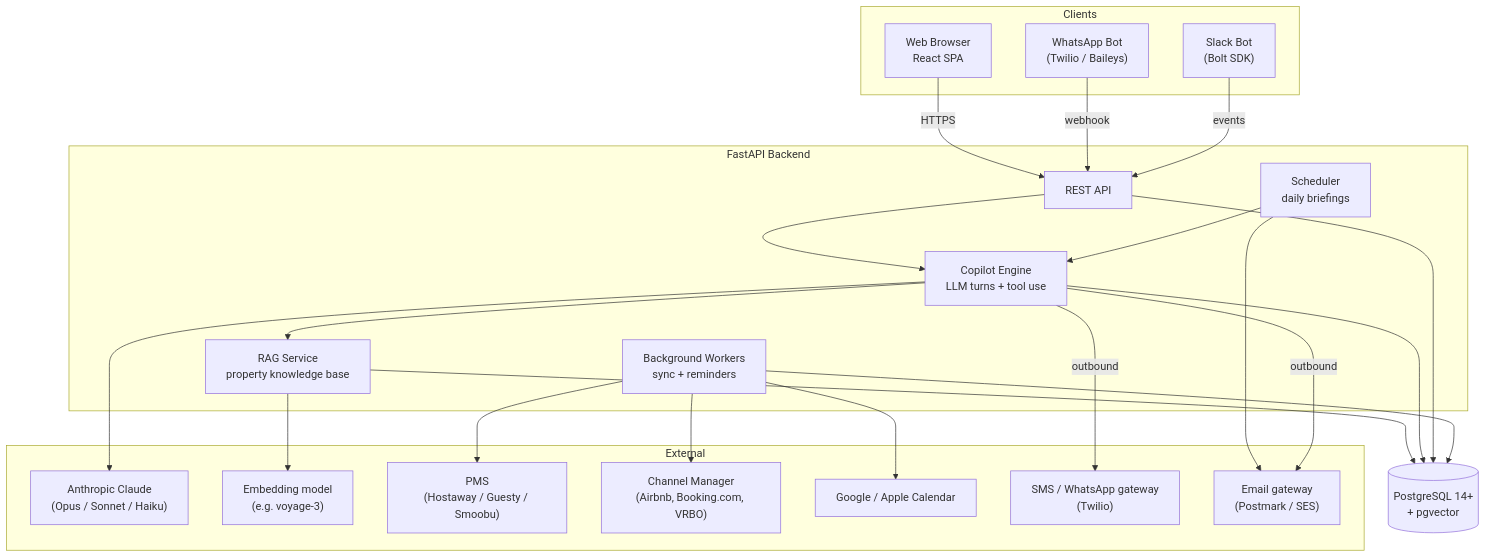
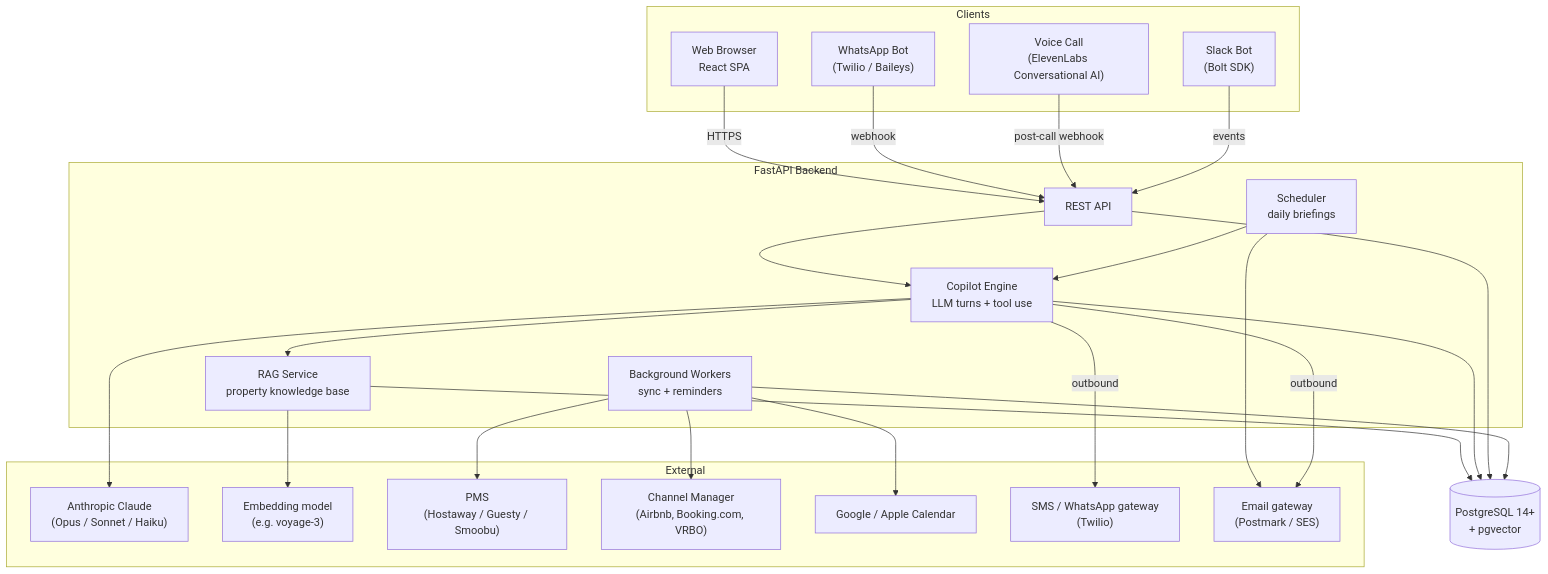
The first of 7 diagrams in docs/architecture.md (klangberater/Hallo-Theo-Applied-AI-Hackathon), drawn with Mermaid before and after one commit. The commit also changed 4 other files, not shown here.

````diff
--- a/docs/architecture.md
+++ b/docs/architecture.md
@@ -9,50 +9,52 @@
 ```mermaid
 graph TB
     subgraph Clients
         WEB["Web Browser<br/>React SPA"]
         WA["WhatsApp Bot<br/>(Twilio / Baileys)"]
+        VC["Voice Call<br/>(ElevenLabs Conversational AI)"]
         SLK["Slack Bot<br/>(Bolt SDK)"]
     end
 
     subgraph Backend["FastAPI Backend"]
         API[REST API]
         COPILOT["Copilot Engine<br/>LLM turns + tool use"]
         RAG["RAG Service<br/>property knowledge base"]
         WORKER["Background Workers<br/>sync + reminders"]
         SCHED["Scheduler<br/>daily briefings"]
     end
 
     subgraph External
         LLM["Anthropic Claude<br/>(Opus / Sonnet / Haiku)"]
         EMBED["Embedding model<br/>(e.g. voyage-3)"]
         PMS["PMS<br/>(Hostaway / Guesty / Smoobu)"]
         CHANMGR["Channel Manager<br/>(Airbnb, Booking.com, VRBO)"]
         CAL["Google / Apple Calendar"]
         SMS["SMS / WhatsApp gateway<br/>(Twilio)"]
         EMAIL["Email gateway<br/>(Postmark / SES)"]
     end
 
     DB[(PostgreSQL 14+<br/>+ pgvector)]
 
     WEB -->|HTTPS| API
     WA -->|webhook| API
+    VC -->|post-call webhook| API
     SLK -->|events| API
 
     API --> COPILOT
     COPILOT --> RAG
     COPILOT --> LLM
     RAG --> EMBED
     RAG --> DB
     COPILOT --> DB
     API --> DB
 
     WORKER --> PMS
     WORKER --> CHANMGR
     WORKER --> CAL
     WORKER --> DB
     SCHED --> COPILOT
     SCHED --> EMAIL
 
     COPILOT -->|outbound| SMS
     COPILOT -->|outbound| EMAIL
 ```
````
